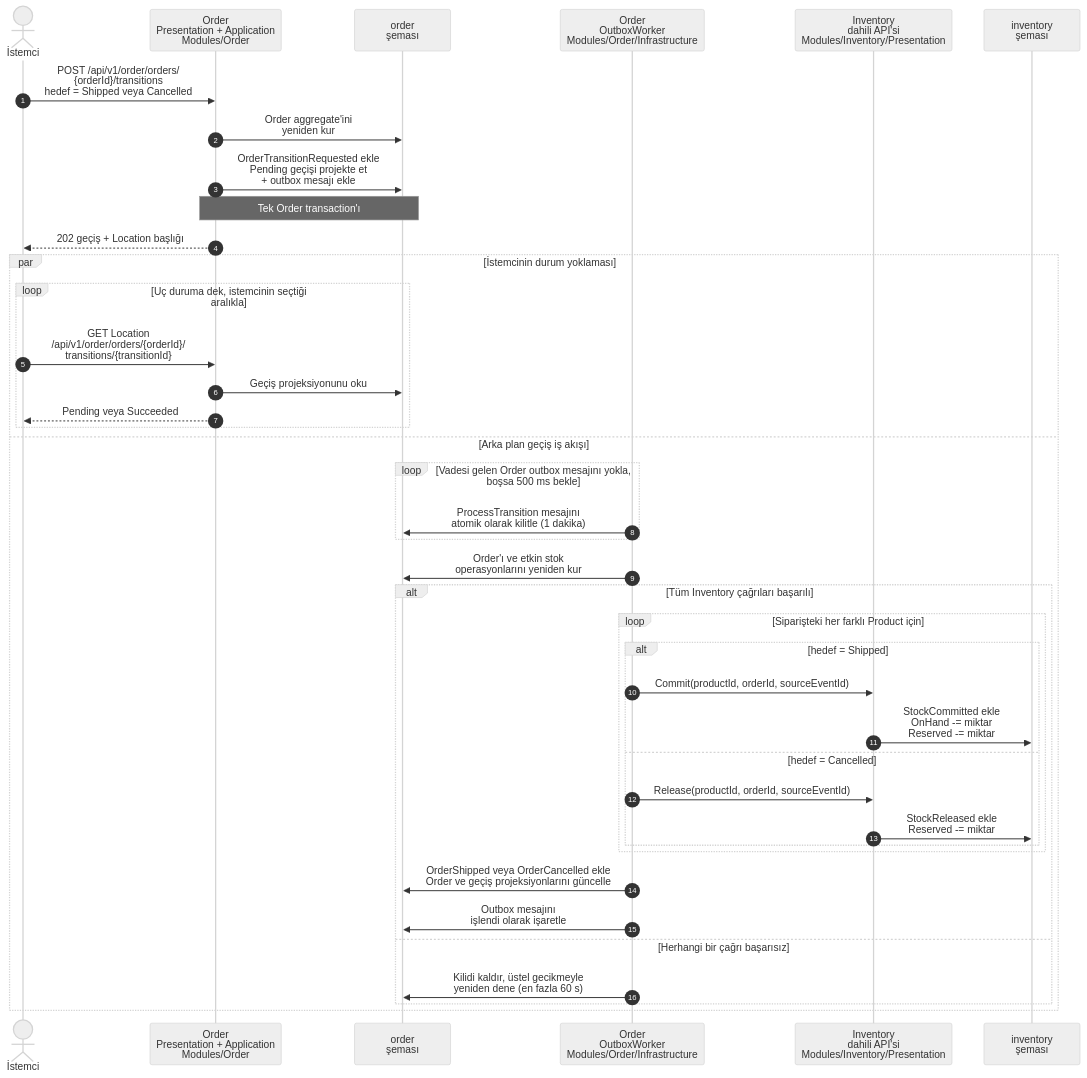
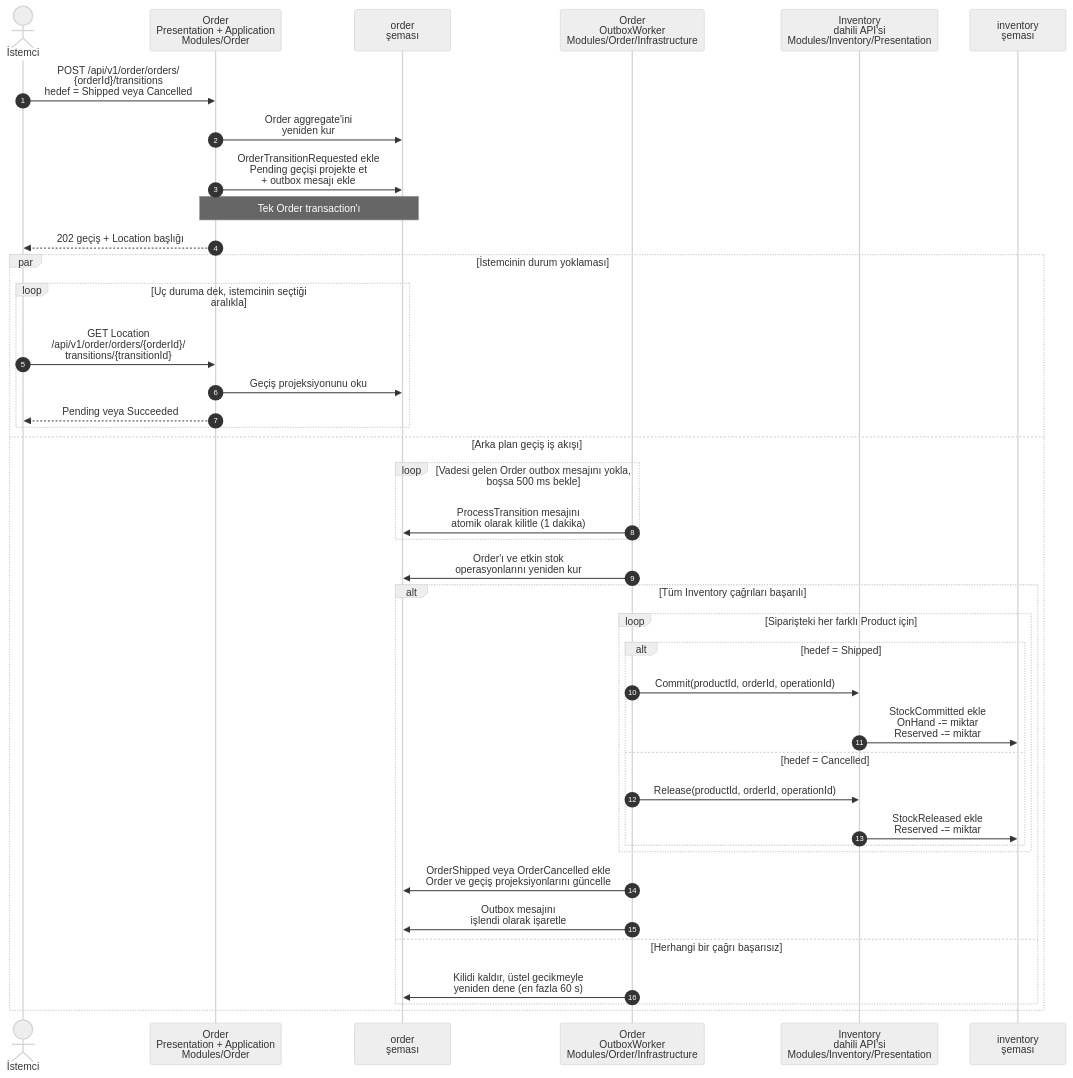
Before and after one commit to abdullahpazarbasi/rudoger: the ninth of 10 diagrams in docs/architecture/ARCHITECTURE.md, drawn with Mermaid (neutral theme). The commit also changed other lines of this file and 150 other files, not shown here.

````diff
--- a/docs/architecture/ARCHITECTURE.md
+++ b/docs/architecture/ARCHITECTURE.md
@@ -382,44 +385,44 @@
 ```mermaid
 sequenceDiagram
     autonumber
     actor Client as İstemci
     participant Order as Order<br/>Presentation + Application<br/>Modules/Order
     participant OrderDb as order<br/>şeması
     participant Worker as Order<br/>OutboxWorker<br/>Modules/Order/Infrastructure
     participant Inventory as Inventory<br/>dahili API'si<br/>Modules/Inventory/Presentation
     participant InventoryDb as inventory<br/>şeması
 
     Client->>Order: POST /api/v1/order/orders/<br/>{orderId}/transitions<br/>hedef = Shipped veya Cancelled
     Order->>OrderDb: Order aggregate'ini<br/>yeniden kur
     Order->>OrderDb: OrderTransitionRequested ekle<br/>Pending geçişi projekte et<br/>+ outbox mesajı ekle
     Note over Order,OrderDb: Tek Order transaction'ı
     Order-->>Client: 202 geçiş + Location başlığı
 
     par İstemcinin durum yoklaması
         loop Uç duruma dek, istemcinin seçtiği aralıkla
             Client->>Order: GET Location<br/>/api/v1/order/orders/{orderId}/<br/>transitions/{transitionId}
             Order->>OrderDb: Geçiş projeksiyonunu oku
             Order-->>Client: Pending veya Succeeded
         end
     and Arka plan geçiş iş akışı
         loop Vadesi gelen Order outbox mesajını yokla, boşsa 500 ms bekle
             Worker->>OrderDb: ProcessTransition mesajını<br/>atomik olarak kilitle (1 dakika)
         end
         Worker->>OrderDb: Order'ı ve etkin stok<br/>operasyonlarını yeniden kur
         alt Tüm Inventory çağrıları başarılı
             loop Siparişteki her farklı Product için
                 alt hedef = Shipped
-                    Worker->>Inventory: Commit(productId, orderId, sourceEventId)
+                    Worker->>Inventory: Commit(productId, orderId, operationId)
                     Inventory->>InventoryDb: StockCommitted ekle<br/>OnHand -= miktar<br/>Reserved -= miktar
                 else hedef = Cancelled
-                    Worker->>Inventory: Release(productId, orderId, sourceEventId)
+                    Worker->>Inventory: Release(productId, orderId, operationId)
                     Inventory->>InventoryDb: StockReleased ekle<br/>Reserved -= miktar
                 end
             end
             Worker->>OrderDb: OrderShipped veya OrderCancelled ekle<br/>Order ve geçiş projeksiyonlarını güncelle
             Worker->>OrderDb: Outbox mesajını<br/>işlendi olarak işaretle
         else Herhangi bir çağrı başarısız
             Worker->>OrderDb: Kilidi kaldır, üstel gecikmeyle<br/>yeniden dene (en fazla 60 s)
         end
     end
 ```
````
